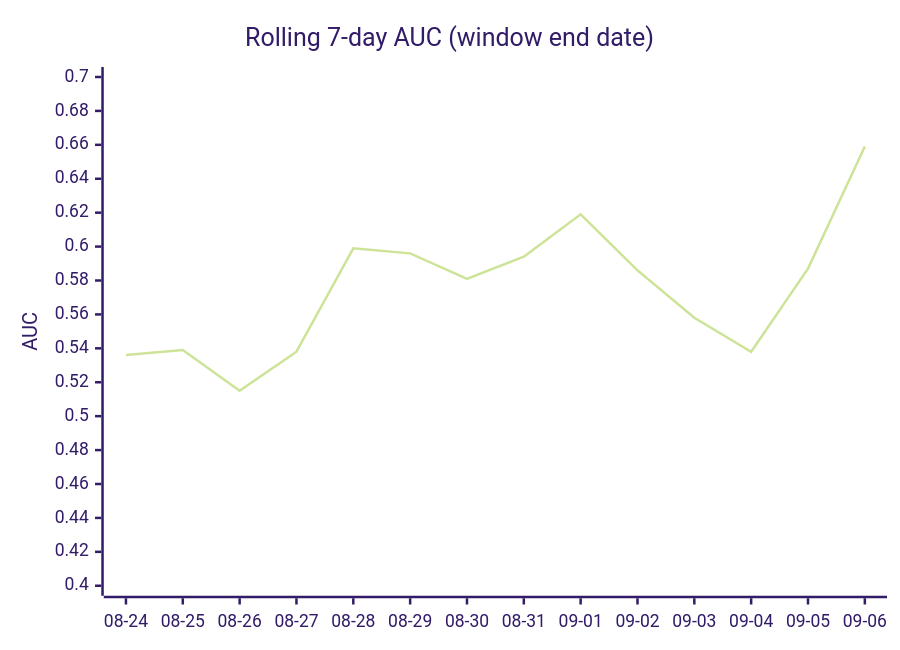
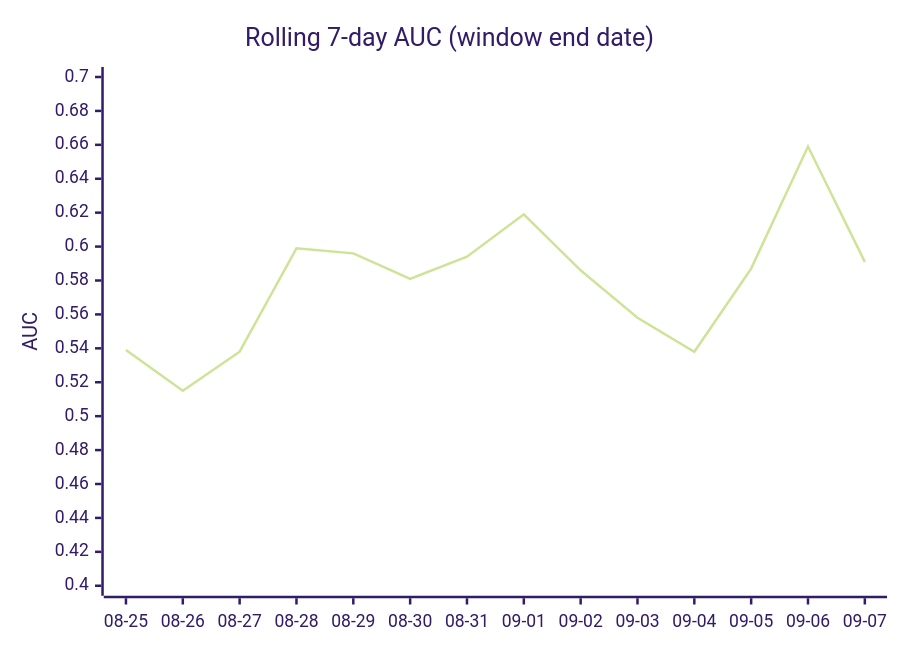
Before and after one commit to dpk1212/nhl-savant: the third of 4 diagrams in DAILY_AGSU_REPORT.md, drawn with Mermaid (forest theme). The commit also changed other lines of this file, not shown here.

````diff
--- a/DAILY_AGSU_REPORT.md
+++ b/DAILY_AGSU_REPORT.md
@@ -854,7 +854,7 @@
 ```mermaid
 xychart-beta
     title "Rolling 7-day AUC (window end date)"
-    x-axis ["08-24", "08-25", "08-26", "08-27", "08-28", "08-29", "08-30", "08-31", "09-01", "09-02", "09-03", "09-04", "09-05", "09-06"]
+    x-axis ["08-25", "08-26", "08-27", "08-28", "08-29", "08-30", "08-31", "09-01", "09-02", "09-03", "09-04", "09-05", "09-06", "09-07"]
     y-axis "AUC" 0.4 --> 0.7
-    line [0.536, 0.539, 0.515, 0.538, 0.599, 0.596, 0.581, 0.594, 0.619, 0.586, 0.558, 0.538, 0.587, 0.659]
+    line [0.539, 0.515, 0.538, 0.599, 0.596, 0.581, 0.594, 0.619, 0.586, 0.558, 0.538, 0.587, 0.659, 0.591]
 ```
````
